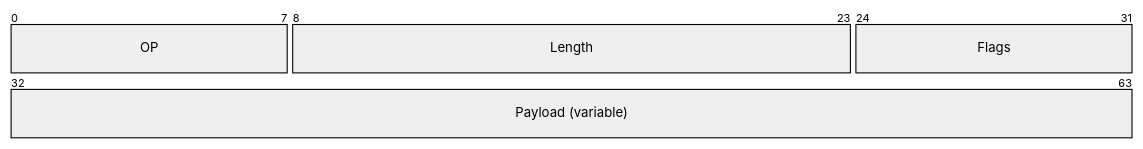
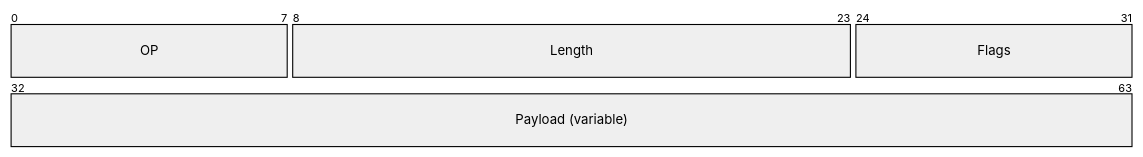
Before and after one commit to zelvet-velvet/agent-worklog-vault: diagram 19 of 34 in _Meta/Mermaid Preview.md, drawn with Mermaid (neutral theme). The commit also changed other lines of this file and 3 other files, not shown here.

Commit message:
style(mermaid): dark fill + coloured border + light text for every coloured block

````diff
--- a/_Meta/Mermaid Preview.md
+++ b/_Meta/Mermaid Preview.md
@@ -728,12 +728,12 @@
 ```mermaid
 ---
 config:
   packet:
-    rowHeight: 44
+    rowHeight: 48
 ---
 packet-beta
     0-7: "OP"
     8-23: "Length"
     24-31: "Flags"
     32-63: "Payload (variable)"
 ```
````
